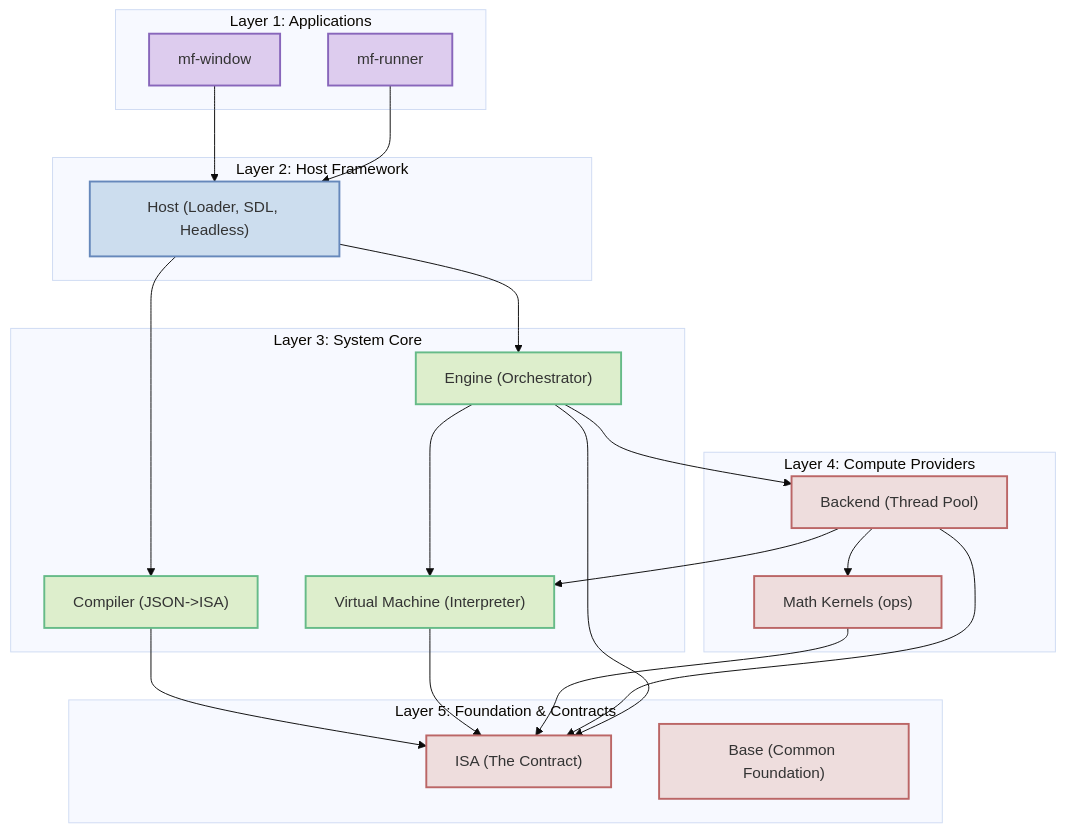
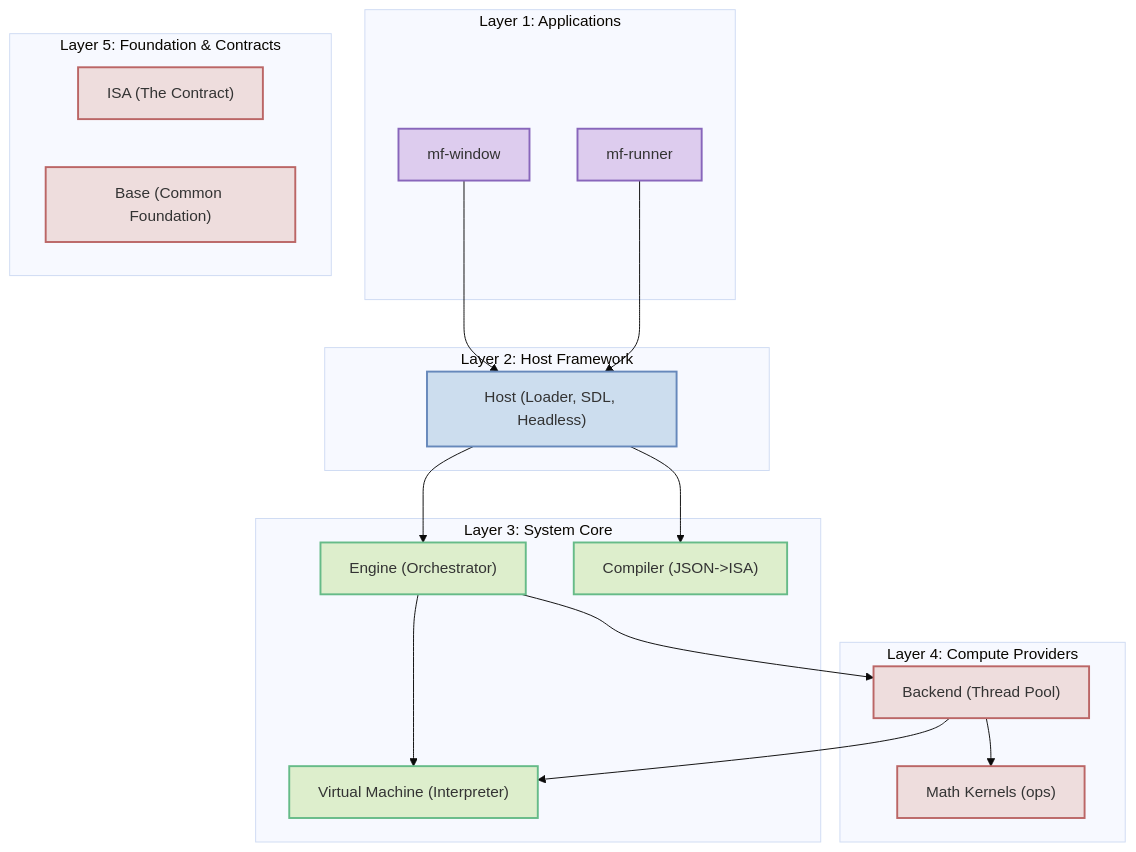
The second of 2 diagrams in docs/architecture.md (BinaryCat17/MathFlow), drawn with Mermaid (base theme) before and after one commit.

Commit message:
Docs: Make ISA dependency implicit in architecture diagram (reduce visual noise).

````diff
--- a/docs/architecture.md
+++ b/docs/architecture.md
@@ -96,59 +96,53 @@
 ```mermaid
 graph TD
     %% Styles
     classDef layerApp fill:#dce,stroke:#86b,stroke-width:2px;
     classDef layerHost fill:#cde,stroke:#68b,stroke-width:2px;
     classDef layerCore fill:#dec,stroke:#6b8,stroke-width:2px;
     classDef layerBase fill:#edd,stroke:#b66,stroke-width:2px;
 
     %% Layer 1: Apps (Executables)
     subgraph L1 ["Layer 1: Applications"]
         App_GUI["mf-window"]:::layerApp
         App_CLI["mf-runner"]:::layerApp
     end
 
     %% Layer 2: Host (Integration Library)
     subgraph L2 ["Layer 2: Host Framework"]
         Host["Host (Loader, SDL, Headless)"]:::layerHost
     end
 
     %% Layer 3: Core (Logic)
     subgraph L3 ["Layer 3: System Core"]
         Engine["Engine (Orchestrator)"]:::layerCore
         Compiler["Compiler (JSON->ISA)"]:::layerCore
         VM["Virtual Machine (Interpreter)"]:::layerCore
     end
 
     %% Layer 4: Compute (Execution)
     subgraph L4 ["Layer 4: Compute Providers"]
         Backend["Backend (Thread Pool)"]:::layerBase
         Ops["Math Kernels (ops)"]:::layerBase
     end
 
     %% Layer 5: Contracts
     subgraph L5 ["Layer 5: Foundation & Contracts"]
         ISA["ISA (The Contract)"]:::layerBase
         Base["Base (Common Foundation)"]:::layerBase
     end
 
     %% Dependencies (Build Time)
     App_GUI --> Host
     App_CLI --> Host
     
     Host --> Engine
     Host --> Compiler
     
     Engine --> VM
     Engine --> Backend
     
     Backend --> VM
     Backend --> Ops
     
-    Compiler --> ISA
-    VM --> ISA
-    Ops --> ISA
-    Backend --> ISA
-    Engine --> ISA
-    
-    %% Base is implicit dependency for ALL modules
+    %% Layer 5 (ISA & Base) is the implicit foundation for all modules above.
 ```
````
